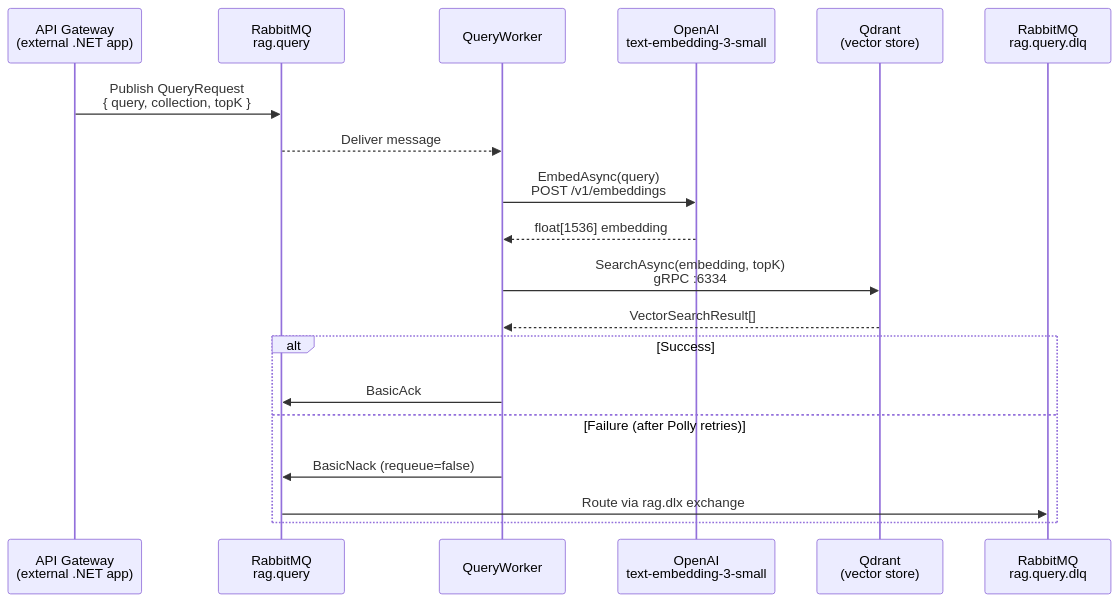
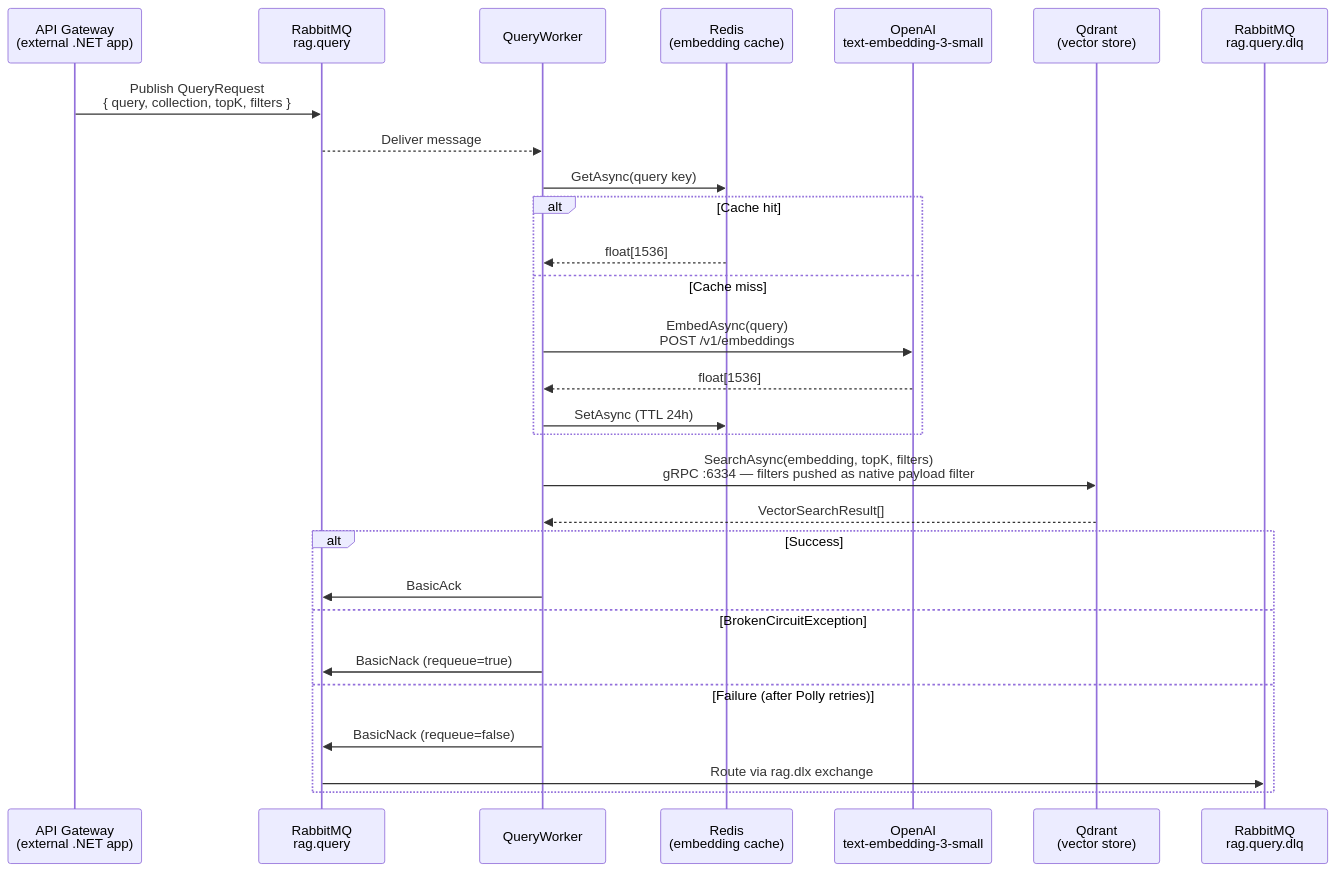
One commit to mustafagoktugibolar/RagService changed the second of 3 diagrams in README.md. Above: the diagram before and after it, drawn with Mermaid. The commit also changed other lines of this file and 14 other files, not shown here.

Commit message:
explicit Qdrant HTTP port, Redis Docker host, native payload filtering, parallel cache writes, requeue on circuit open

````diff
--- a/README.md
+++ b/README.md
@@ -45,26 +54,35 @@
 ```mermaid
 sequenceDiagram
     participant GW as API Gateway<br/>(external .NET app)
     participant MQ as RabbitMQ<br/>rag.query
     participant QW as QueryWorker
+    participant RD as Redis<br/>(embedding cache)
     participant OAI as OpenAI<br/>text-embedding-3-small
     participant QD as Qdrant<br/>(vector store)
     participant DLQ as RabbitMQ<br/>rag.query.dlq
 
-    GW->>MQ: Publish QueryRequest<br/>{ query, collection, topK }
+    GW->>MQ: Publish QueryRequest<br/>{ query, collection, topK, filters }
 
     MQ-->>QW: Deliver message
 
-    QW->>OAI: EmbedAsync(query)<br/>POST /v1/embeddings
-    OAI-->>QW: float[1536] embedding
+    QW->>RD: GetAsync(query key)
+    alt Cache hit
+        RD-->>QW: float[1536]
+    else Cache miss
+        QW->>OAI: EmbedAsync(query)<br/>POST /v1/embeddings
+        OAI-->>QW: float[1536]
+        QW->>RD: SetAsync (TTL 24h)
+    end
 
-    QW->>QD: SearchAsync(embedding, topK)<br/>gRPC :6334
+    QW->>QD: SearchAsync(embedding, topK, filters)<br/>gRPC :6334 — filters pushed as native payload filter
     QD-->>QW: VectorSearchResult[]
 
     alt Success
         QW->>MQ: BasicAck
+    else BrokenCircuitException
+        QW->>MQ: BasicNack (requeue=true)
     else Failure (after Polly retries)
         QW->>MQ: BasicNack (requeue=false)
         MQ->>DLQ: Route via rag.dlx exchange
     end
 ```
````
